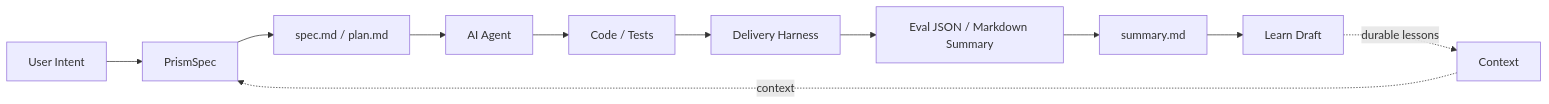
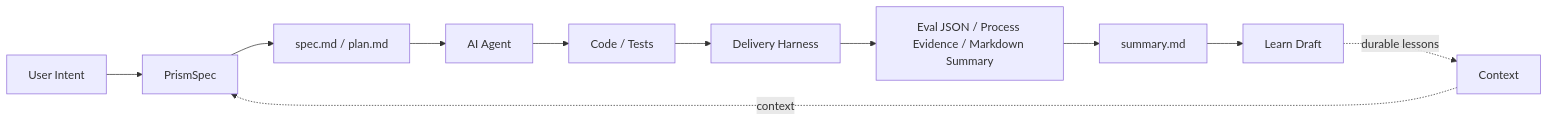
One commit to zdolphin07-dotcom/lattice changed the diagram in docs/wiki/README.md. Above: the diagram before and after it, drawn with Mermaid. The commit also changed other lines of this file and 18 other files, not shown here.

````diff
--- a/docs/wiki/README.md
+++ b/docs/wiki/README.md
@@ -17,13 +17,13 @@
 ```mermaid
 flowchart LR
     U["User Intent"] --> PS["PrismSpec"]
     PS --> SPEC["spec.md / plan.md"]
     K["Context"] -. context .-> PS
     SPEC --> A["AI Agent"]
     A --> CODE["Code / Tests"]
     CODE --> H["Delivery Harness"]
-    H --> EV["Eval JSON / Markdown Summary"]
+    H --> EV["Eval JSON / Process Evidence / Markdown Summary"]
     EV --> F["summary.md"]
     F --> L["Learn Draft"]
     L -. durable lessons .-> K
 ```
````
